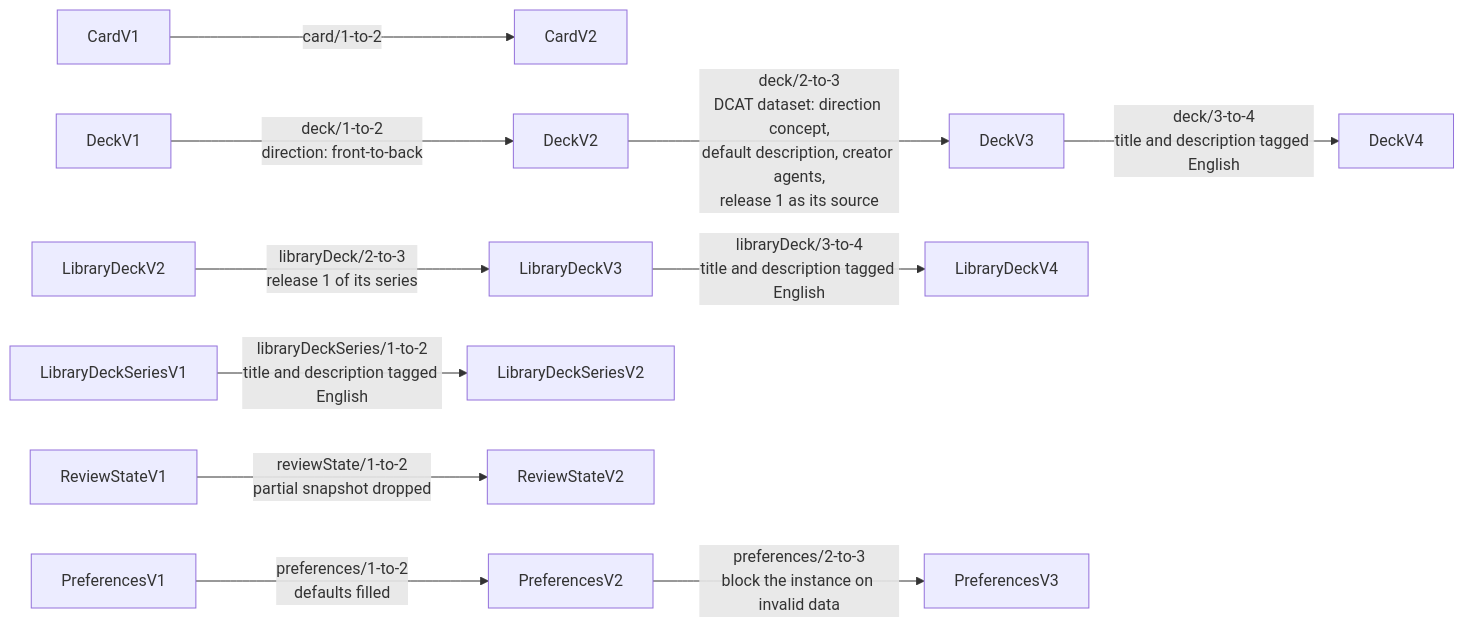
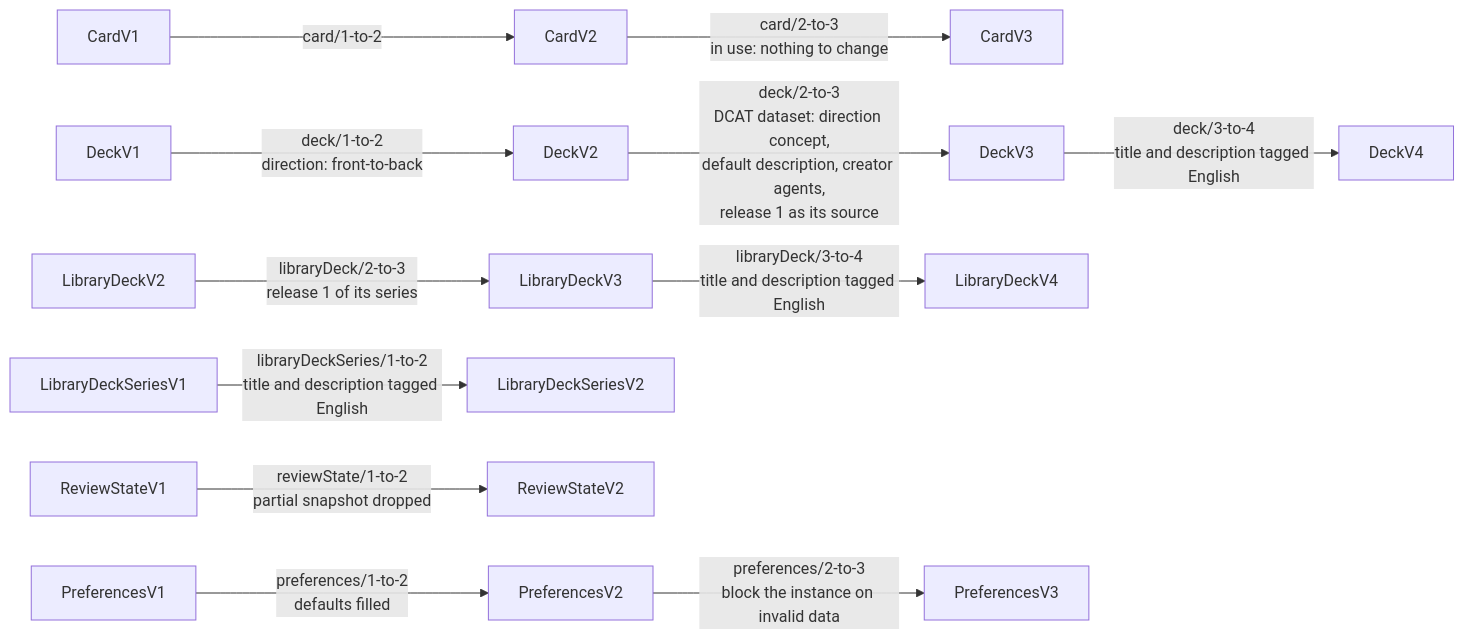
The first of 2 diagrams in docs/migrations.md (antwika/solid-memo), drawn with Mermaid before and after one commit. The commit also changed other lines of this file and 53 other files, not shown here.

````diff
--- a/docs/migrations.md
+++ b/docs/migrations.md
@@ -48,13 +54,14 @@
 ```mermaid
 flowchart LR
     v1["CardV1"] -->|card/1-to-2| v2["CardV2"]
+    v2 -->|card/2-to-3<br/>in use: nothing to change| v3["CardV3"]
     d1["DeckV1"] -->|deck/1-to-2<br/>direction: front-to-back| d2["DeckV2"]
     d2 -->|deck/2-to-3<br/>DCAT dataset: direction concept,<br/>default description, creator agents,<br/>release 1 as its source| d3["DeckV3"]
     d3 -->|deck/3-to-4<br/>title and description tagged English| d4["DeckV4"]
     l2["LibraryDeckV2"] -->|libraryDeck/2-to-3<br/>release 1 of its series| l3["LibraryDeckV3"]
     l3 -->|libraryDeck/3-to-4<br/>title and description tagged English| l4["LibraryDeckV4"]
     s1["LibraryDeckSeriesV1"] -->|libraryDeckSeries/1-to-2<br/>title and description tagged English| s2["LibraryDeckSeriesV2"]
     r1["ReviewStateV1"] -->|reviewState/1-to-2<br/>partial snapshot dropped| r2["ReviewStateV2"]
     p1["PreferencesV1"] -->|preferences/1-to-2<br/>defaults filled| p2["PreferencesV2"]
     p2 -->|preferences/2-to-3<br/>block the instance on invalid data| p3["PreferencesV3"]
 ```
````
